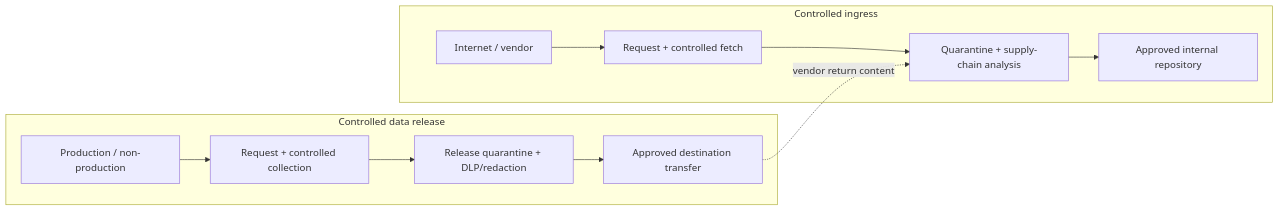
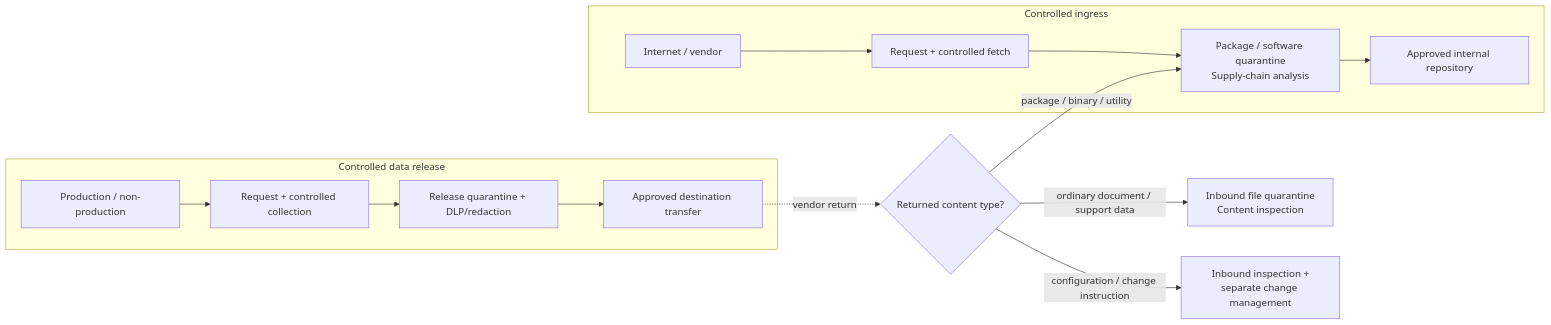
The diagram in README.md (jfang88/QuarantineDownload), drawn with Mermaid before and after one commit. The commit also changed other lines of this file and 9 other files, not shown here.

````diff
--- a/README.md
+++ b/README.md
@@ -54,16 +54,19 @@
 ```mermaid
 flowchart LR
     subgraph IN[Controlled ingress]
         A[Internet / vendor] --> B[Request + controlled fetch]
-        B --> C[Quarantine + supply-chain analysis]
+        B --> C[Package / software quarantine\nSupply-chain analysis]
         C --> D[Approved internal repository]
     end
 
     subgraph OUT[Controlled data release]
         E[Production / non-production] --> F[Request + controlled collection]
         F --> G[Release quarantine + DLP/redaction]
         G --> H[Approved destination transfer]
     end
 
-    H -. vendor return content .-> C
+    H -. vendor return .-> R{Returned content type?}
+    R -->|package / binary / utility| C
+    R -->|ordinary document / support data| J[Inbound file quarantine\nContent inspection]
+    R -->|configuration / change instruction| K[Inbound inspection +\nseparate change management]
 ```
````
